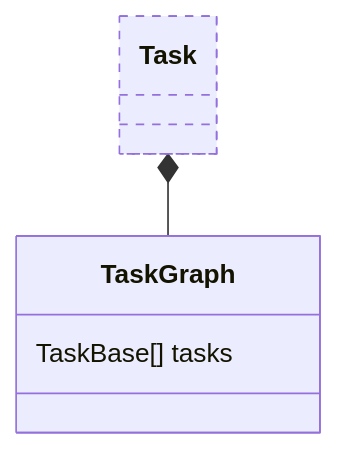
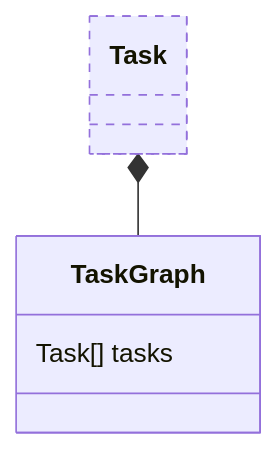
One commit to PodleyAI/podley changed the third of 5 diagrams in docs/developers/02_architecture.md. Above: the diagram before and after it, drawn with Mermaid. The commit also changed other lines of this file and 47 other files, not shown here.

````diff
--- a/docs/developers/02_architecture.md
+++ b/docs/developers/02_architecture.md
@@ -252,10 +220,10 @@
 ```mermaid
 classDiagram
 
   class TaskGraph{
-    TaskBase[] tasks
+    Task[] tasks
   }
 
 Task *-- TaskGraph
 style Task type:abstract,stroke-dasharray: 5 5
 ```
````
